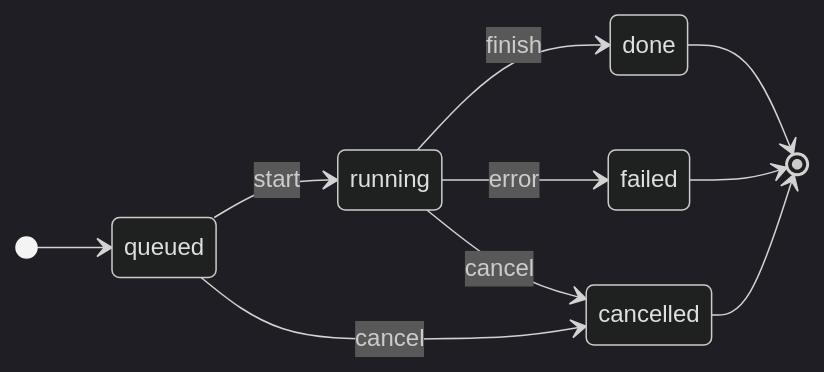
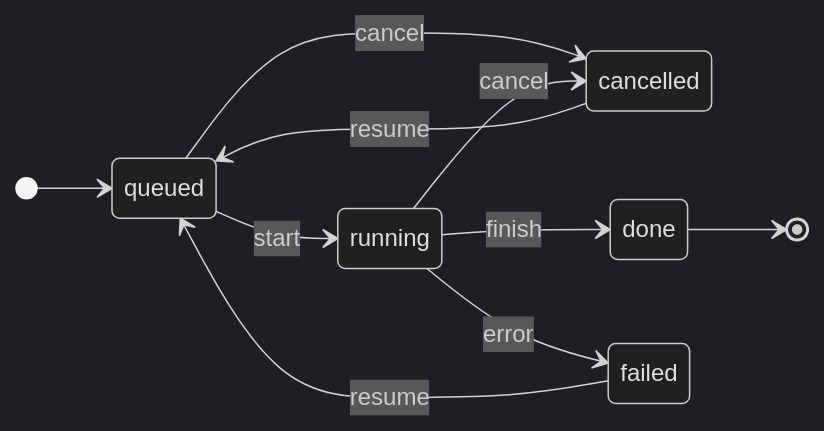
The fifth of 8 diagrams in docs/ARCHITECTURE.md (karemdm/activelabel), drawn with Mermaid (dark theme) before and after one commit. The commit also changed other lines of this file, not shown here.

Commit message:
docs: ARCHITECTURE shows the LocalOnly guard, the interface modules and the resume of a run

````diff
--- a/docs/ARCHITECTURE.md
+++ b/docs/ARCHITECTURE.md
@@ -169,13 +176,13 @@
 ```mermaid
 stateDiagram-v2
   direction LR
   [*] --> queued
   queued --> running: start
   queued --> cancelled: cancel
   running --> done: finish
   running --> failed: error
   running --> cancelled: cancel
+  failed --> queued: resume
+  cancelled --> queued: resume
   done --> [*]
-  failed --> [*]
-  cancelled --> [*]
 ```
````
